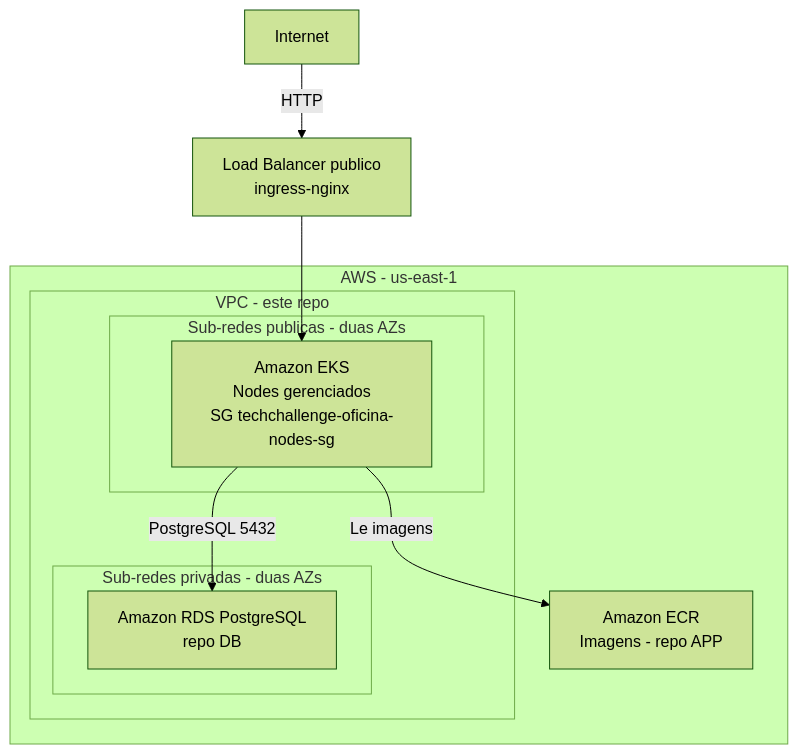
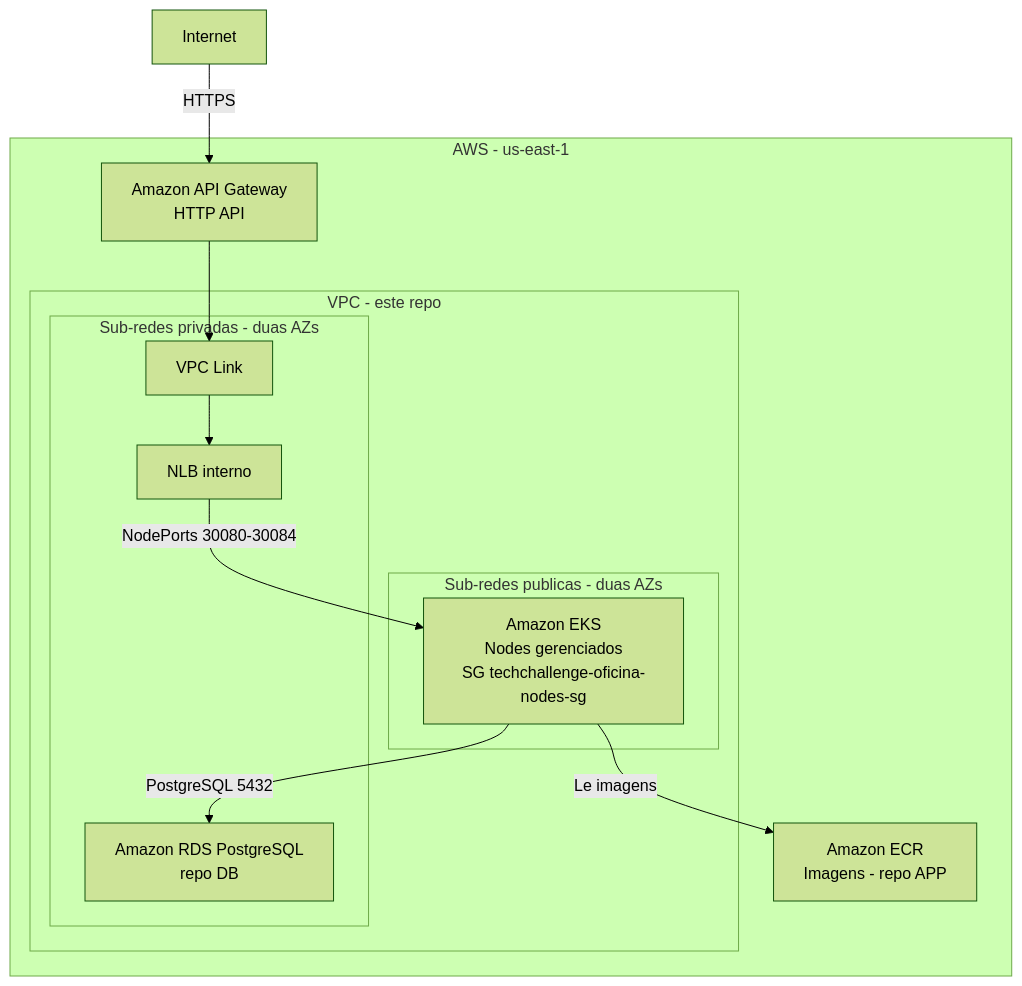
Before and after one commit to GuiToniello/tech-challenge-fase-3-K8S-soat16-rm374658: the diagram in README.md, drawn with Mermaid (forest theme). The commit also changed other lines of this file and 21 other files, not shown here.

````diff
--- a/README.md
+++ b/README.md
@@ -21,22 +21,28 @@
 ```mermaid
 flowchart TD
-  Internet[Internet] -->|HTTP| LoadBalancer[Load Balancer publico\ningress-nginx]
+  Internet[Internet]
 
   subgraph AWS[AWS - us-east-1]
+    APIGW[Amazon API Gateway\nHTTP API]
     ECR[Amazon ECR\nImagens - repo APP]
 
     subgraph VPC[VPC - este repo]
       subgraph PublicSubnets[Sub-redes publicas - duas AZs]
         EKS[Amazon EKS\nNodes gerenciados\nSG techchallenge-oficina-nodes-sg]
       end
 
       subgraph PrivateSubnets[Sub-redes privadas - duas AZs]
+        VPCLink[VPC Link]
+        NLB[NLB interno]
         RDS[Amazon RDS PostgreSQL\nrepo DB]
       end
     end
   end
 
-  LoadBalancer --> EKS
+  Internet -->|HTTPS| APIGW
+  APIGW --> VPCLink
+  VPCLink --> NLB
+  NLB -->|NodePorts 30080-30084| EKS
   EKS -->|Le imagens| ECR
   EKS -->|PostgreSQL 5432| RDS
 ```
````
